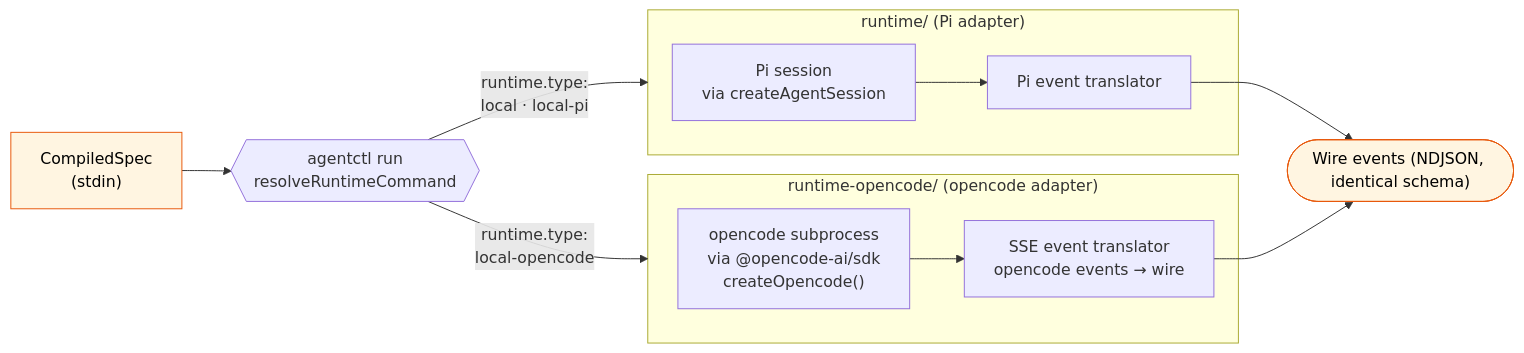
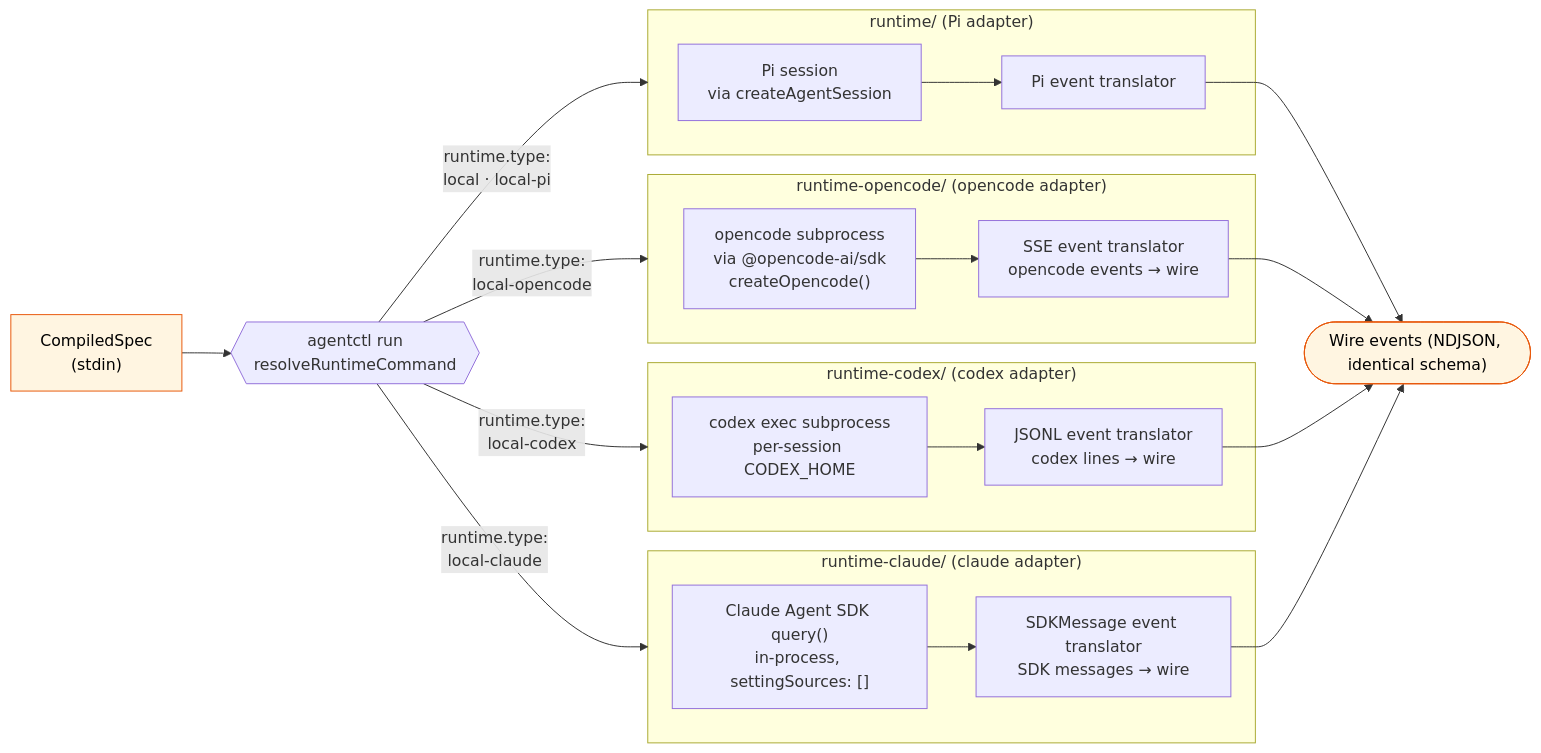
One commit to CCDevelopForFun/agent-controller changed the second of 3 diagrams in docs/architecture/overview.md. Above: the diagram before and after it, drawn with Mermaid. The commit also changed other lines of this file and 2 other files, not shown here.

Commit message:
docs(architecture): show all four adapters in the diagram and layer table
The rendered SVG and the Excalidraw source both showed only Pi and opencode
— the codex adapter was never added, so they were two adapters stale, not
one. Rework the adapter row into a four-across fan-out (Pi, opencode, codex,
claude), labelled with each runtime.type since that is the single field a
spec changes. The four-way fan crossed the wire-protocol caption, so that
label now paints a white halo over the connectors.

Also adds the missing codex and claude rows to overview.md's layer-
responsibility table and its dispatch mermaid graph, which had the same
two-adapter gap.

````diff
--- a/docs/architecture/overview.md
+++ b/docs/architecture/overview.md
@@ -62,24 +62,40 @@
 ```mermaid
 flowchart LR
     spec["CompiledSpec<br/>(stdin)"]:::data
     spec --> dispatch{{"agentctl run<br/>resolveRuntimeCommand"}}
     dispatch -->|"runtime.type:<br/>local · local-pi"| pi
     dispatch -->|"runtime.type:<br/>local-opencode"| oc
+    dispatch -->|"runtime.type:<br/>local-codex"| cx
+    dispatch -->|"runtime.type:<br/>local-claude"| cl
 
     subgraph pi["runtime/ (Pi adapter)"]
       pa["Pi session<br/>via createAgentSession"]
       pe["Pi event translator"]
       pa --> pe
     end
 
     subgraph oc["runtime-opencode/ (opencode adapter)"]
       oa["opencode subprocess<br/>via @opencode-ai/sdk<br/>createOpencode()"]
       oe["SSE event translator<br/>opencode events → wire"]
       oa --> oe
     end
 
+    subgraph cx["runtime-codex/ (codex adapter)"]
+      xa["codex exec subprocess<br/>per-session CODEX_HOME"]
+      xe["JSONL event translator<br/>codex lines → wire"]
+      xa --> xe
+    end
+
+    subgraph cl["runtime-claude/ (claude adapter)"]
+      ca["Claude Agent SDK query()<br/>in-process, settingSources: []"]
+      ce["SDKMessage event translator<br/>SDK messages → wire"]
+      ca --> ce
+    end
+
     pe --> wire(["Wire events (NDJSON, identical schema)"]):::data
     oe --> wire
+    xe --> wire
+    ce --> wire
 
     classDef data fill:#fff5e1,stroke:#e8590c,stroke-width:1px,color:#000
 ```
````
